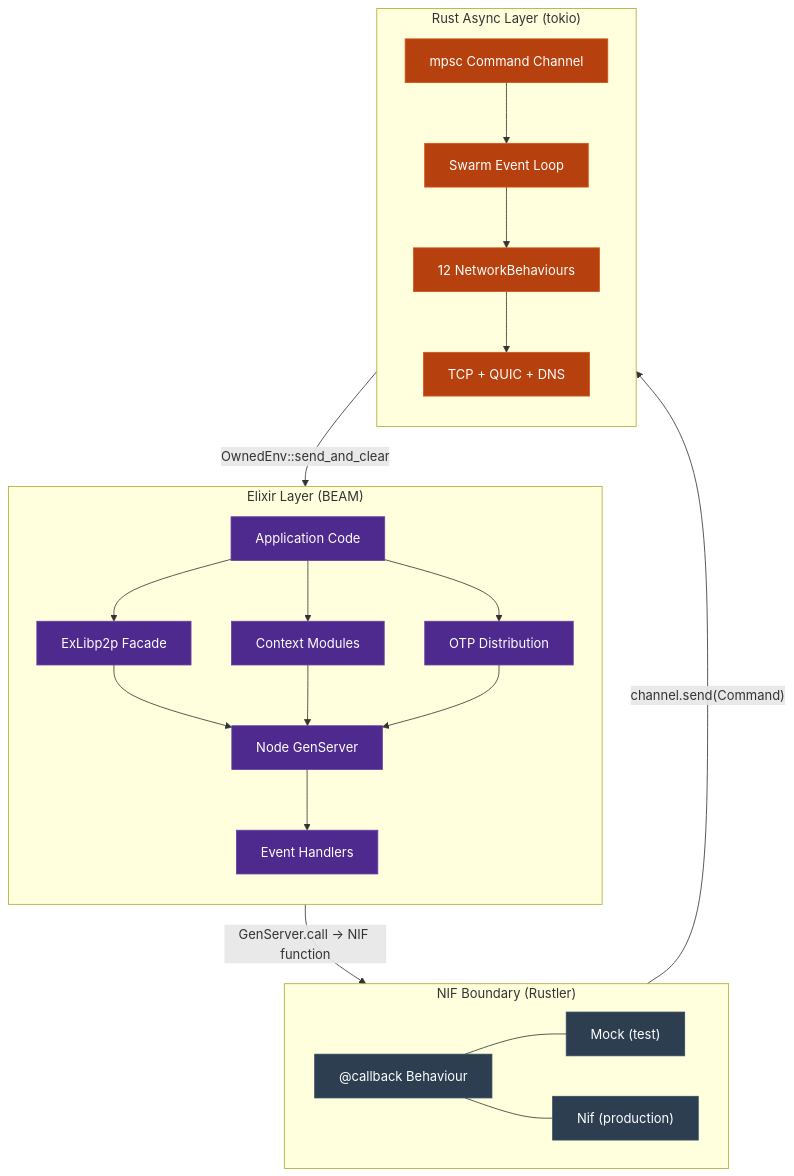
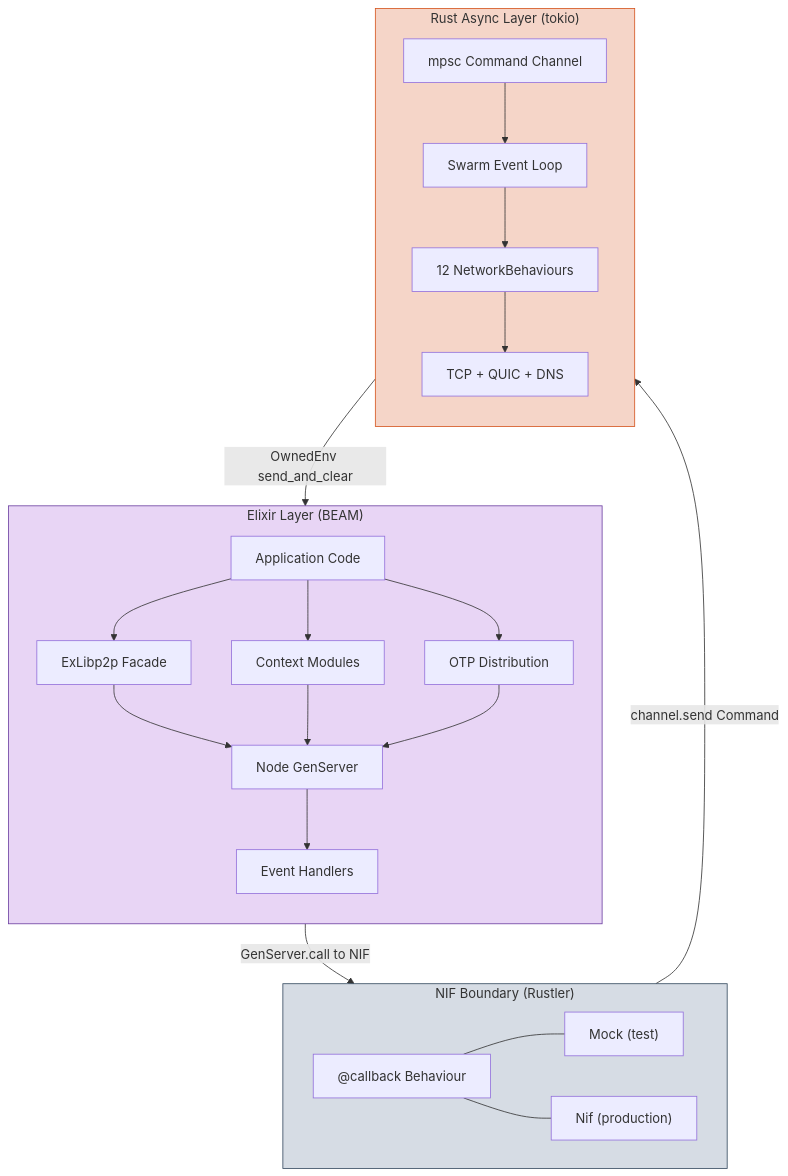
One commit to BadBeta/experimental_ex_libp2p changed the first of 13 diagrams in ARCHITECTURE.md. Above: the diagram before and after it, drawn with Mermaid. The commit also changed other lines of this file, not shown here.

First line of the commit message:
Fix GitHub Mermaid rendering — remove special chars from sequence diagrams

````diff
--- a/ARCHITECTURE.md
+++ b/ARCHITECTURE.md
@@ -9,54 +9,50 @@
 ```mermaid
 flowchart TB
     subgraph Elixir["Elixir Layer (BEAM)"]
         direction TB
         App["Application Code"]
         Facade["ExLibp2p Facade"]
         Ctx["Context Modules"]
         Node["Node GenServer"]
         Handlers["Event Handlers"]
         OTP["OTP Distribution"]
 
         App --> Facade
         App --> Ctx
         App --> OTP
         Facade --> Node
         Ctx --> Node
         OTP --> Node
         Node --> Handlers
     end
 
     subgraph NIF["NIF Boundary (Rustler)"]
         direction LR
         Behaviour["@callback Behaviour"]
         Mock["Mock (test)"]
         Nif["Nif (production)"]
 
         Behaviour --- Mock
         Behaviour --- Nif
     end
 
     subgraph Rust["Rust Async Layer (tokio)"]
         direction TB
         CmdChan["mpsc Command Channel"]
         SwarmLoop["Swarm Event Loop"]
         Behaviours["12 NetworkBehaviours"]
         Transport["TCP + QUIC + DNS"]
 
         CmdChan --> SwarmLoop
         SwarmLoop --> Behaviours
         Behaviours --> Transport
     end
 
-    Node -->|"GenServer.call → NIF function"| Nif
-    Nif -->|"channel.send(Command)"| CmdChan
-    SwarmLoop -->|"OwnedEnv::send_and_clear"| Node
+    Node -->|"GenServer.call to NIF"| Nif
+    Nif -->|"channel.send Command"| CmdChan
+    SwarmLoop -->|"OwnedEnv send_and_clear"| Node
 
-    classDef elixir fill:#4e2a8e,stroke:#6b3fa0,color:#fff
-    classDef nif fill:#2c3e50,stroke:#34495e,color:#fff
-    classDef rust fill:#b7410e,stroke:#d4541e,color:#fff
-
-    class App,Facade,Ctx,Node,Handlers,OTP elixir
-    class Behaviour,Mock,Nif nif
-    class CmdChan,SwarmLoop,Behaviours,Transport rust
+    style Elixir fill:#e8d5f5,stroke:#6b3fa0
+    style NIF fill:#d6dce4,stroke:#34495e
+    style Rust fill:#f5d5c8,stroke:#d4541e
 ```
````
